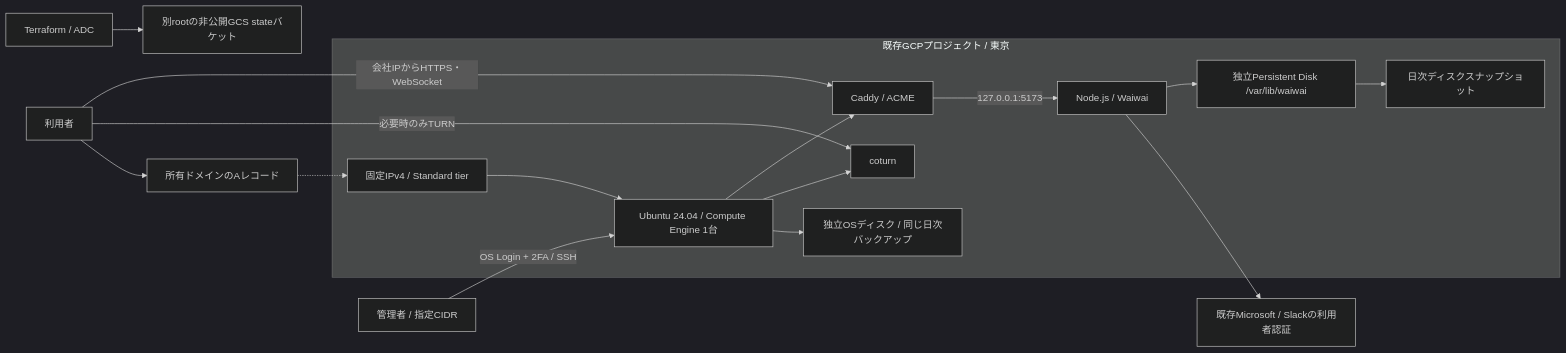
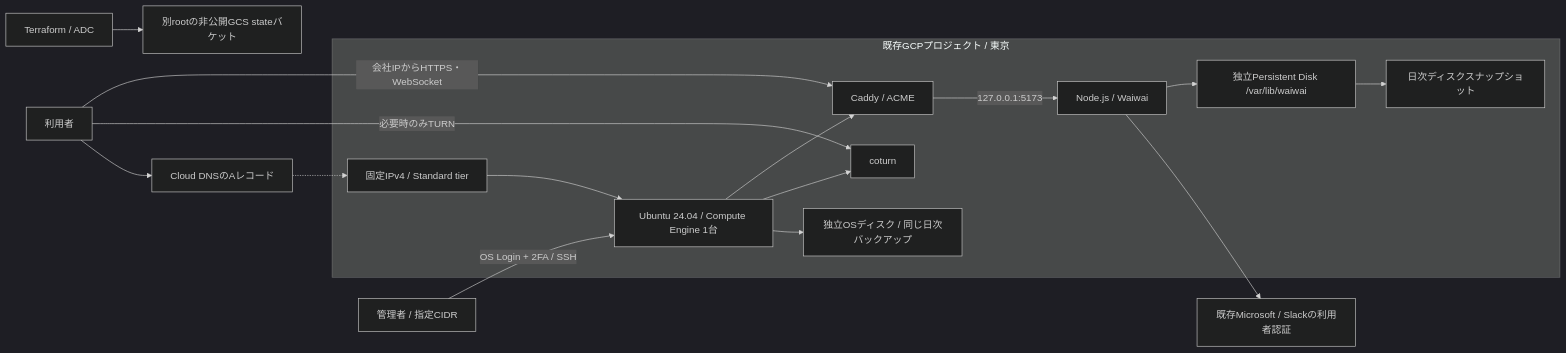
One commit to at8338/waiwai changed the diagram in doc-gcp/design.md. Above: the diagram before and after it, drawn with Mermaid (dark theme). The commit also changed other lines of this file and 27 other files, not shown here.

````diff
--- a/doc-gcp/design.md
+++ b/doc-gcp/design.md
@@ -11,19 +11,19 @@
 ```mermaid
 flowchart LR
   Browser[利用者] -->|会社IPからHTTPS・WebSocket| Caddy
   Browser -->|必要時のみTURN| TURN
   Operator[管理者 / 指定CIDR] -->|OS Login + 2FA / SSH| VM
   subgraph GCP[既存GCPプロジェクト / 東京]
     IP[固定IPv4 / Standard tier] --> VM[Ubuntu 24.04 / Compute Engine 1台]
     VM --> Caddy[Caddy / ACME]
     VM --> TURN[coturn]
     Caddy -->|127.0.0.1:5173| App[Node.js / Waiwai]
     App --> Data[独立Persistent Disk /var/lib/waiwai]
     Data --> Snap[日次ディスクスナップショット]
     VM --> OS[独立OSディスク / 同じ日次バックアップ]
   end
-  Browser --> DNS[所有ドメインのAレコード]
+  Browser --> DNS[Cloud DNSのAレコード]
   DNS -.-> IP
   App --> Login[既存Microsoft / Slackの利用者認証]
   Terraform[Terraform / ADC] --> State[別rootの非公開GCS stateバケット]
 ```
````
